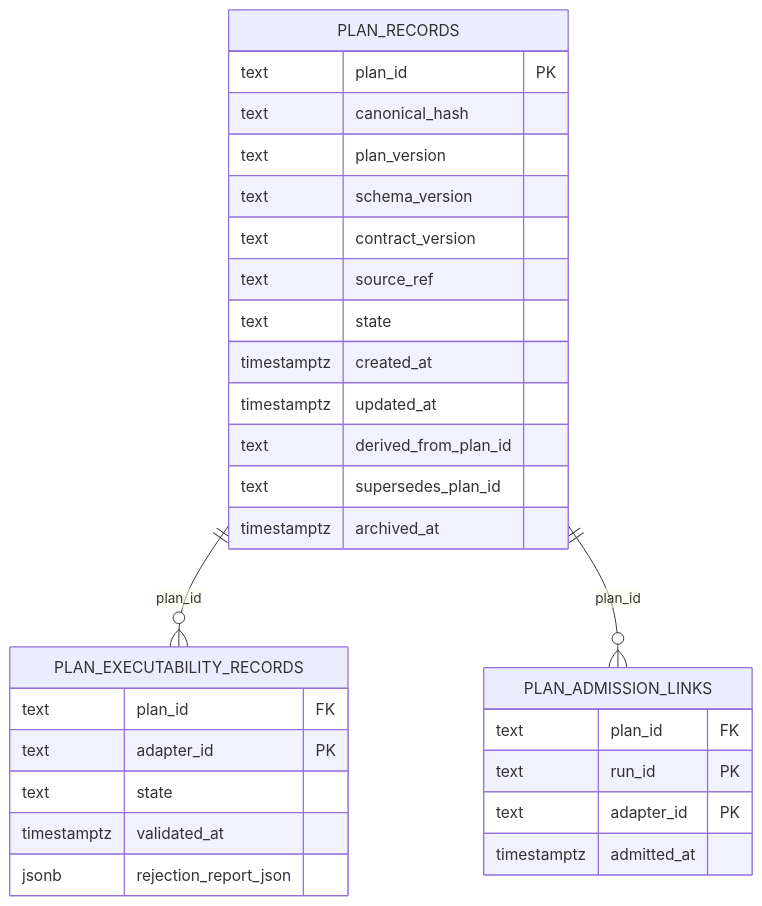
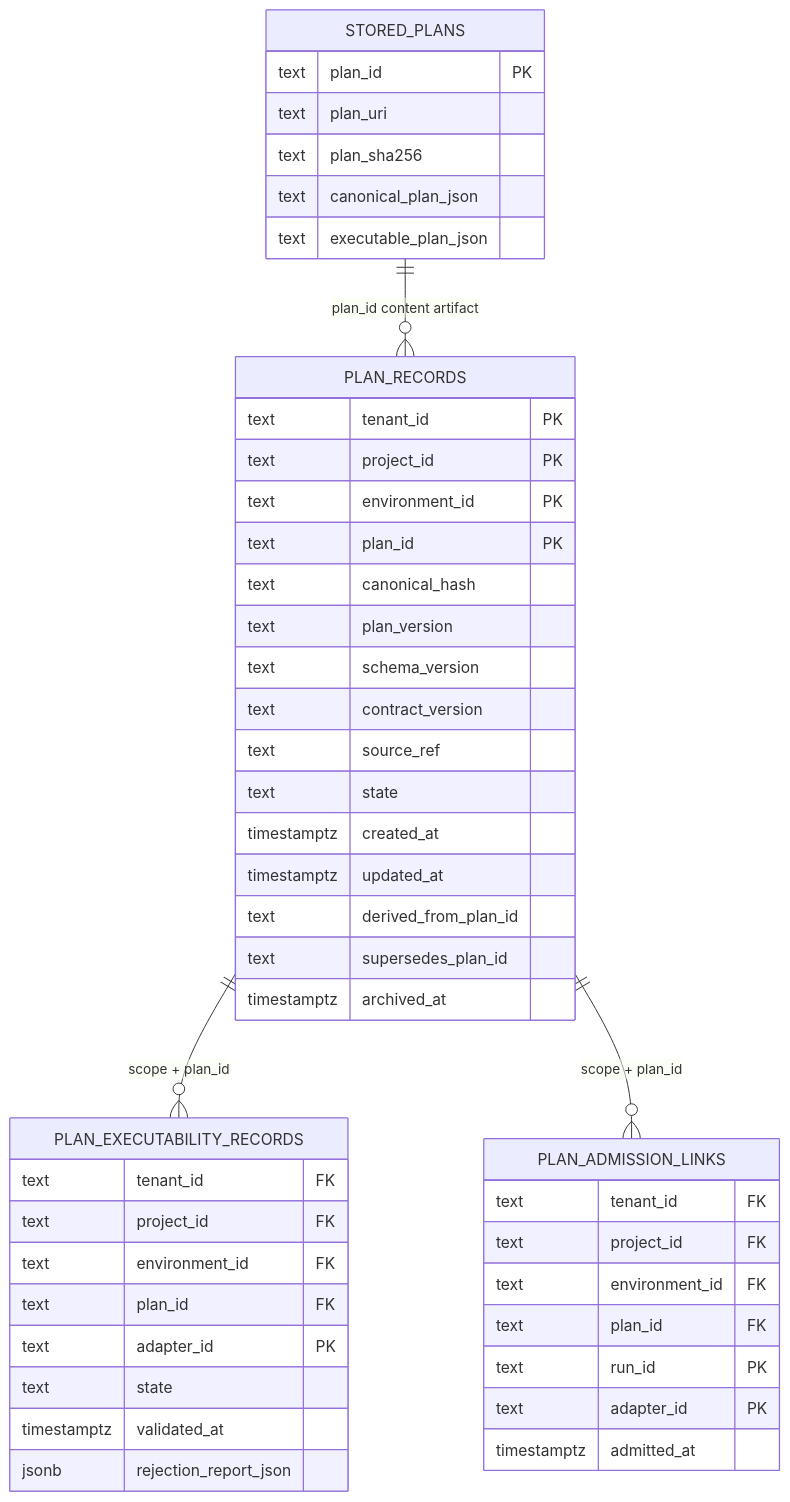
The second of 2 diagrams in docs/guides/postgres-plan-store-technical-manual-20260403.md (dunay2/dvt), drawn with Mermaid before and after one commit. The commit also changed other lines of this file and 32 other files, not shown here.

````diff
--- a/docs/guides/postgres-plan-store-technical-manual-20260403.md
+++ b/docs/guides/postgres-plan-store-technical-manual-20260403.md
@@ -84,35 +86,53 @@
 ```mermaid
 erDiagram
-  PLAN_RECORDS ||--o{ PLAN_EXECUTABILITY_RECORDS : "plan_id"
-  PLAN_RECORDS ||--o{ PLAN_ADMISSION_LINKS : "plan_id"
+  STORED_PLANS ||--o{ PLAN_RECORDS : "plan_id content artifact"
+  PLAN_RECORDS ||--o{ PLAN_EXECUTABILITY_RECORDS : "scope + plan_id"
+  PLAN_RECORDS ||--o{ PLAN_ADMISSION_LINKS : "scope + plan_id"
+
+  STORED_PLANS {
+    text plan_id PK
+    text plan_uri
+    text plan_sha256
+    text canonical_plan_json
+    text executable_plan_json
+  }
 
   PLAN_RECORDS {
+    text tenant_id PK
+    text project_id PK
+    text environment_id PK
     text plan_id PK
     text canonical_hash
     text plan_version
     text schema_version
     text contract_version
     text source_ref
     text state
     timestamptz created_at
     timestamptz updated_at
     text derived_from_plan_id
     text supersedes_plan_id
     timestamptz archived_at
   }
 
   PLAN_EXECUTABILITY_RECORDS {
+    text tenant_id FK
+    text project_id FK
+    text environment_id FK
     text plan_id FK
     text adapter_id PK
     text state
     timestamptz validated_at
     jsonb rejection_report_json
   }
 
   PLAN_ADMISSION_LINKS {
+    text tenant_id FK
+    text project_id FK
+    text environment_id FK
     text plan_id FK
     text run_id PK
     text adapter_id PK
     timestamptz admitted_at
   }
 ```
````
